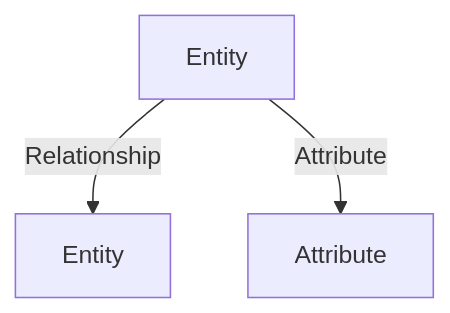
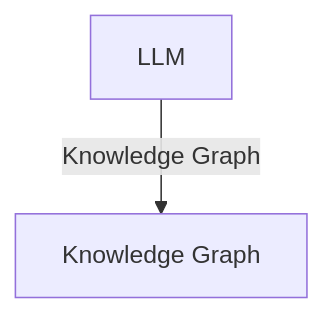
The third of 3 diagrams in docs/Understanding/agents/knowledge_graphs.md (ianderrington/genai), drawn with Mermaid before and after one commit. The commit also changed other lines of this file, not shown here.

````diff
--- a/docs/Understanding/agents/knowledge_graphs.md
+++ b/docs/Understanding/agents/knowledge_graphs.md
@@ -26,5 +269,4 @@
-```mermaid
-graph TD
-    A[Entity] -->|Relationship| B[Entity]
-    A[Entity] -->|Attribute| C[Attribute]
-```
+    ```mermaid
+    graph TD
+        A[LLM] -->|"Knowledge Graph"| B[Knowledge Graph]
+    ```
````
